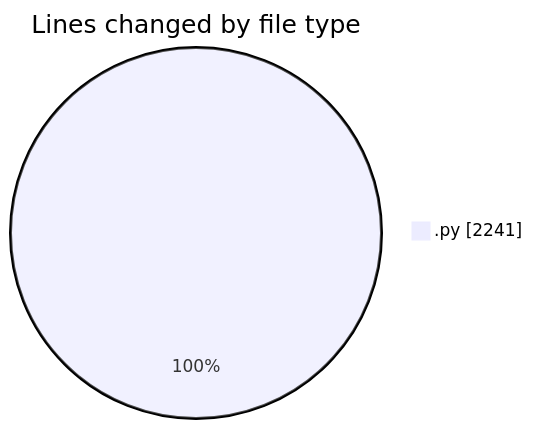
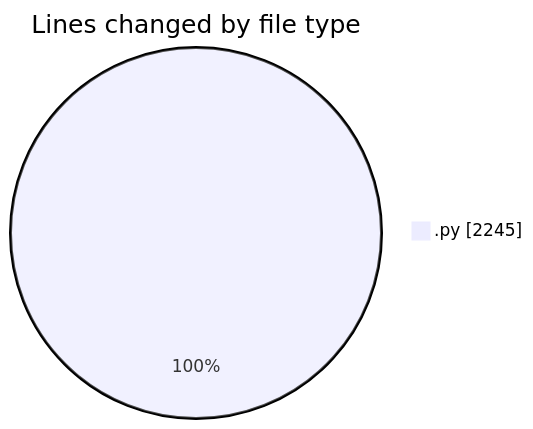
Before and after one commit to julien-gomy/code-tracking: the first of 2 diagrams in 2025-10-23/eventscop-api-guide__workspace_/README.md, drawn with Mermaid. The commit also changed other lines of this file and 1 other file, not shown here.

````diff
--- a/2025-10-23/eventscop-api-guide__workspace_/README.md
+++ b/2025-10-23/eventscop-api-guide__workspace_/README.md
@@ -23,5 +23,5 @@
 ```mermaid
 pie showData
 title Lines changed by file type
-".py" : 2241
+".py" : 2245
 ```
````
